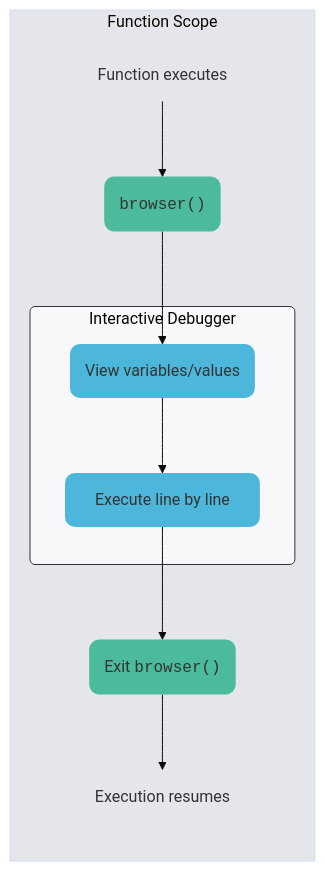
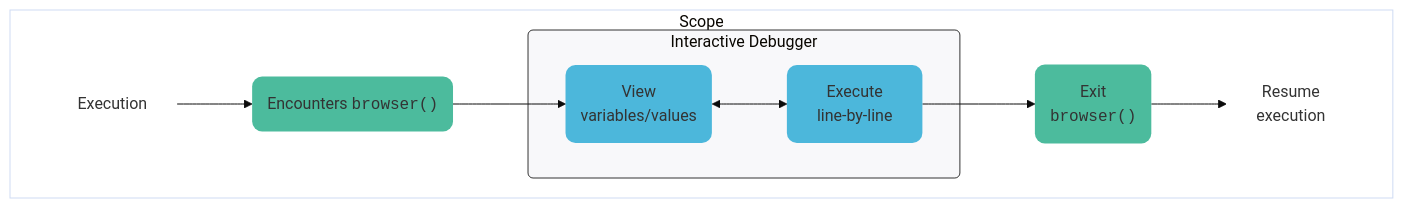
The first of 2 diagrams in debugger.qmd (mjfrigaard/shiny-app-pkgs), drawn with Mermaid before and after one commit. The commit also changed other lines of this file and 32 other files, not shown here.

Commit message:
updates to debugging mermaid charts

````diff
--- a/debugger.qmd
+++ b/debugger.qmd
@@ -73,26 +73,28 @@
 ```{mermaid}
 %%| label: function_exec_browser
-%%| fig-width: 5
-%%| fig-height: 6
 %%| fig-align: center
 %%{init: {'theme': 'base', 'themeVariables': { 'fontFamily': 'monospace'}}}%%
-flowchart LR
- subgraph Function["Function Scope"]
-        Running["Function executes"] --> Browser("<code>browser()</code>")
-        Browser --> Debugger("View variables/values")
+flowchart TD
+ subgraph Function["Scope"]
+        Running["Execution"] --> Browser("Encounters <code>browser()</code>")
+        Browser --> Debugger("View 
+                              variables/values")
     subgraph Browse["Interactive Debugger"]
-        Debugger --> Step["Execute line by line"]
+        Debugger <--> Step["Execute 
+                           line-by-line"]
     end
-    Step --> Exit("Exit <code>browser()</code>")
-    Exit --> Exec["Execution resumes"]
+    Step --> Exit("Exit 
+                   <code>browser()</code>")
+    Exit --> Exec["Resume
+                   execution"]
   end
     
+    style Function fill:#FFFFFF
     style Debugger fill:#4CB7DB,stroke:none,rx:10,ry:10
     style Exit fill:#4CBB9D,stroke:none,rx:10,ry:10
     style Step fill:#4CB7DB,stroke:none,rx:10,ry:10
     style Running fill:none,stroke:none,rx:10,ry:10
     style Browse fill:#F8F8FA,stroke:#333,stroke-width:1px,rx:5,ry:5
     style Browser fill:#4CBB9D,stroke:none,rx:10,ry:10
-    style Function fill:#E5E6EB
     style Exec fill:none,stroke:none,rx:10,ry:10
 ```
````
